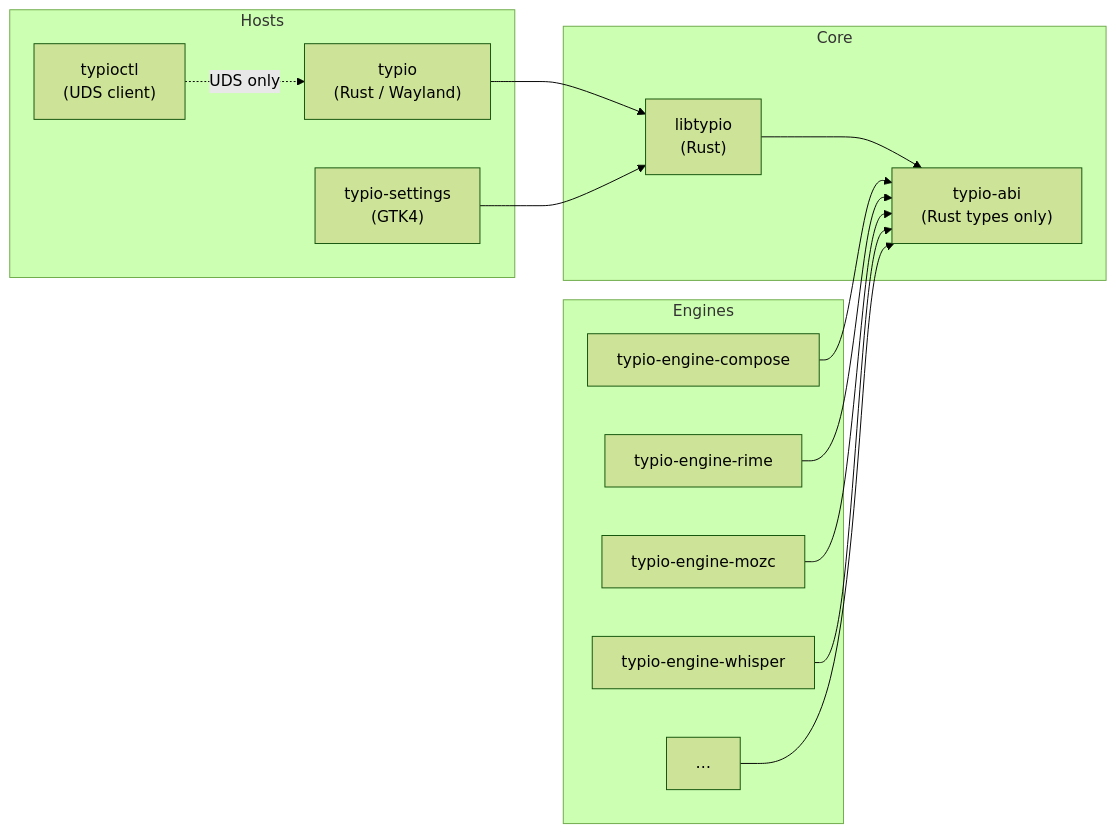
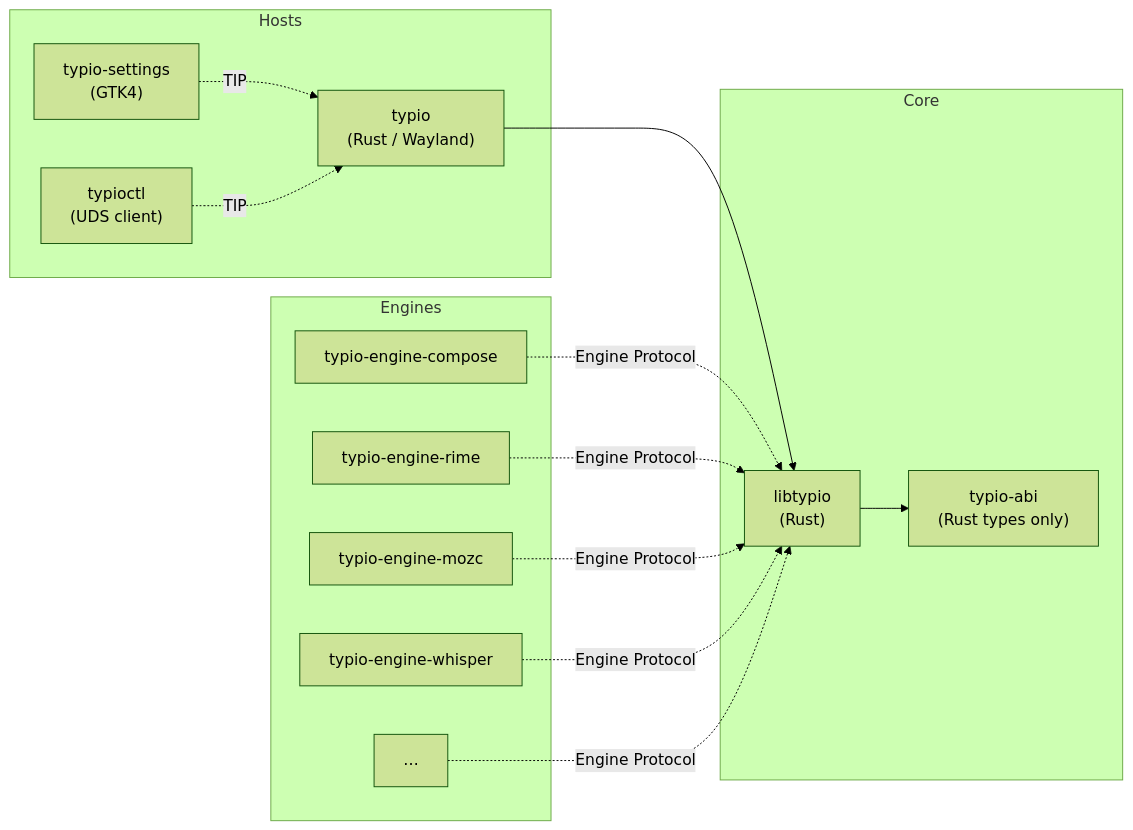
Before and after one commit to typio-ime/typio: the diagram in crates/typio-core/docs/explanation/crate-organization.md, drawn with Mermaid (forest theme). The commit also changed other lines of this file and 90 other files, not shown here.

````diff
--- a/crates/typio-core/docs/explanation/crate-organization.md
+++ b/crates/typio-core/docs/explanation/crate-organization.md
@@ -16,33 +16,33 @@
 ```mermaid
 graph LR
     subgraph Hosts
         HW["typio<br/>(Rust / Wayland)"]
         HS["typio-settings<br/>(GTK4)"]
         HC["typioctl<br/>(UDS client)"]
     end
 
     subgraph Core
         LT["libtypio<br/>(Rust)"]
         TA["typio-abi<br/>(Rust types only)"]
     end
 
     subgraph Engines
         EB["typio-engine-compose"]
         ER["typio-engine-rime"]
         EM["typio-engine-mozc"]
         EW["typio-engine-whisper"]
         EM2["…"]
     end
 
     HW --> LT
-    HS --> LT
-    HC -.->|UDS only| HW
+    HS -.->|TIP| HW
+    HC -.->|TIP| HW
 
     LT --> TA
 
-    EB --> TA
-    ER --> TA
-    EM --> TA
-    EW --> TA
-    EM2 --> TA
+    EB -.->|Engine Protocol| LT
+    ER -.->|Engine Protocol| LT
+    EM -.->|Engine Protocol| LT
+    EW -.->|Engine Protocol| LT
+    EM2 -.->|Engine Protocol| LT
 ```
````
